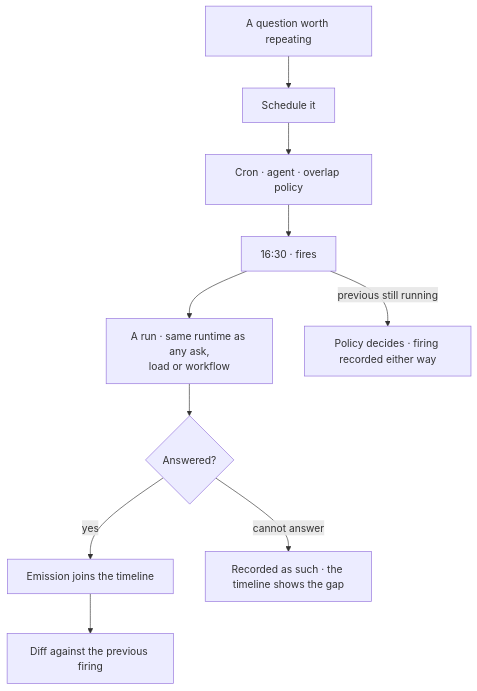
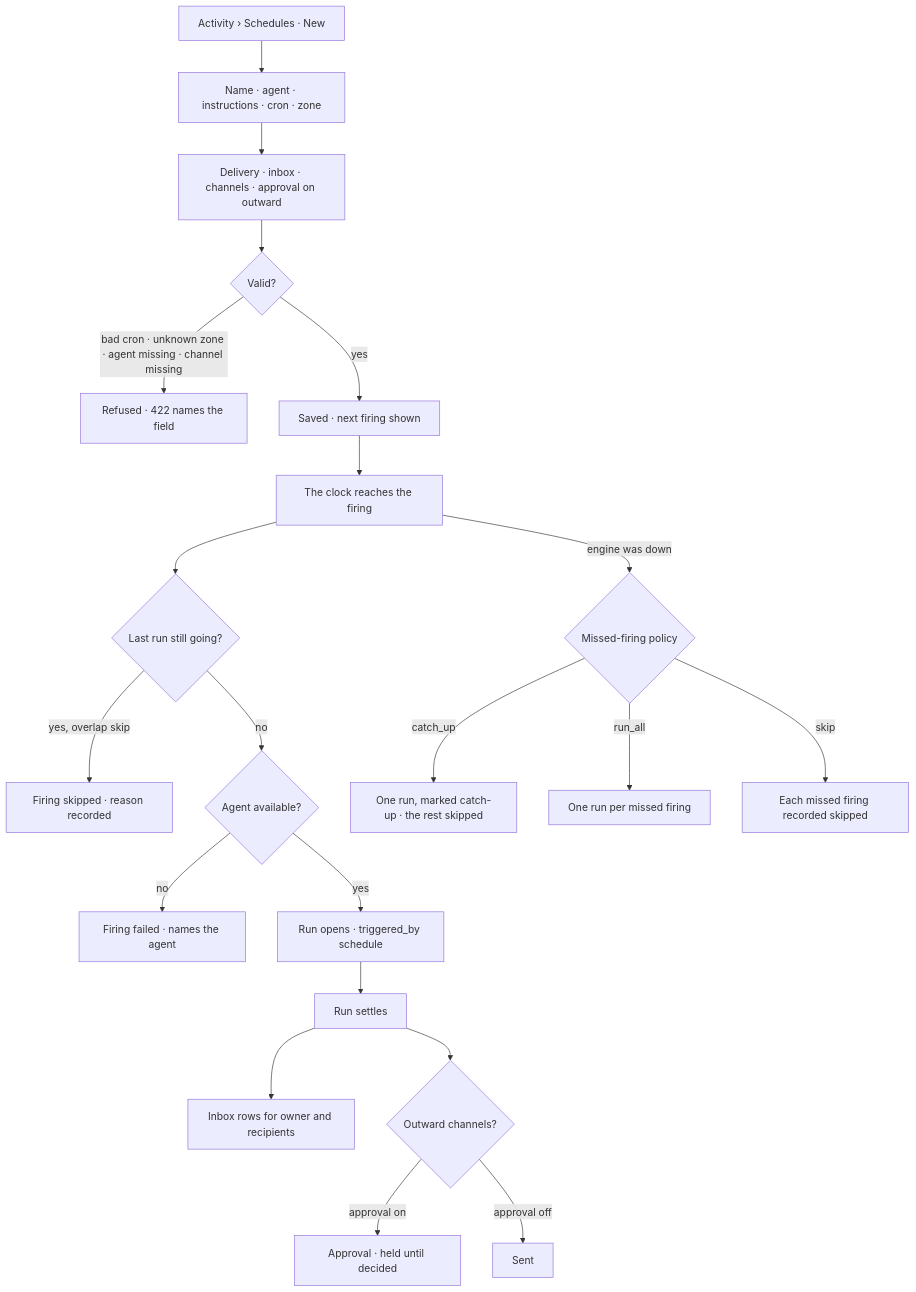
One commit to invana/invana changed the diagram in docs/for-developers/modules/operate/features/schedules.md. Above: the diagram before and after it, drawn with Mermaid. The commit also changed other lines of this file and 57 other files, not shown here.

````diff
--- a/docs/for-developers/modules/operate/features/schedules.md
+++ b/docs/for-developers/modules/operate/features/schedules.md
@@ -38,12 +33,23 @@
 ```mermaid
 flowchart TD
-    A[A question worth repeating] --> B[Schedule it]
-    B --> C[Cron · agent · overlap policy]
-    C --> D[16:30 · fires]
-    D --> E[A run · same runtime as any ask,<br/>load or workflow]
-    E --> F{Answered?}
-    F -->|yes| G[Emission joins the timeline]
-    F -->|cannot answer| H[Recorded as such · the timeline shows the gap]
-    G --> I[Diff against the previous firing]
-    D -->|previous still running| J[Policy decides · firing recorded either way]
+    A[Activity › Schedules · New] --> B[Name · agent · instructions · cron · zone]
+    B --> C[Delivery · inbox · channels · approval on outward]
+    C --> D{Valid?}
+    D -->|bad cron · unknown zone · agent missing · channel missing| E[Refused · 422 names the field]
+    D -->|yes| F[Saved · next firing shown]
+    F --> G[The clock reaches the firing]
+    G --> H{Last run still going?}
+    H -->|yes, overlap skip| I[Firing skipped · reason recorded]
+    H -->|no| J{Agent available?}
+    J -->|no| K[Firing failed · names the agent]
+    J -->|yes| L[Run opens · triggered_by schedule]
+    L --> M[Run settles]
+    M --> N[Inbox rows for owner and recipients]
+    M --> O{Outward channels?}
+    O -->|approval on| P[Approval · held until decided]
+    O -->|approval off| Q[Sent]
+    G -->|engine was down| R{Missed-firing policy}
+    R -->|catch_up| S[One run, marked catch-up · the rest skipped]
+    R -->|run_all| T[One run per missed firing]
+    R -->|skip| U[Each missed firing recorded skipped]
 ```
````
